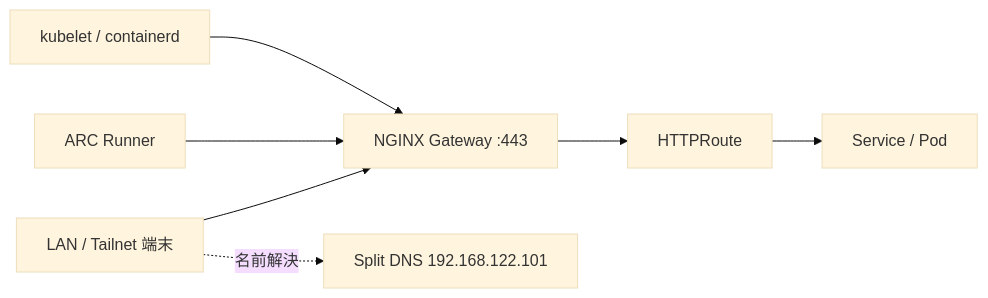
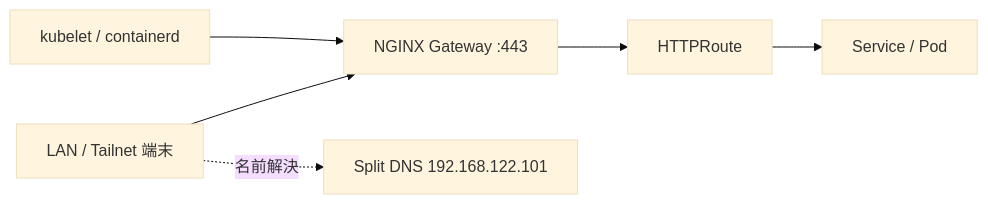
The diagram in docs/access.md (home-lab-ksera/home-lab-k8s), drawn with Mermaid (base theme) before and after one commit. The commit also changed other lines of this file and 61 other files, not shown here.

````diff
--- a/docs/access.md
+++ b/docs/access.md
@@ -35,9 +35,8 @@
 ```mermaid
 flowchart LR
   Nodes[kubelet / containerd] --> GW[NGINX Gateway :443]
-  ARC[ARC Runner] --> GW
   Client[LAN / Tailnet 端末] --> GW
   Client -. 名前解決 .-> DNS[Split DNS 192.168.122.101]
   GW --> Route[HTTPRoute]
   Route --> Service[Service / Pod]
 ```
````
